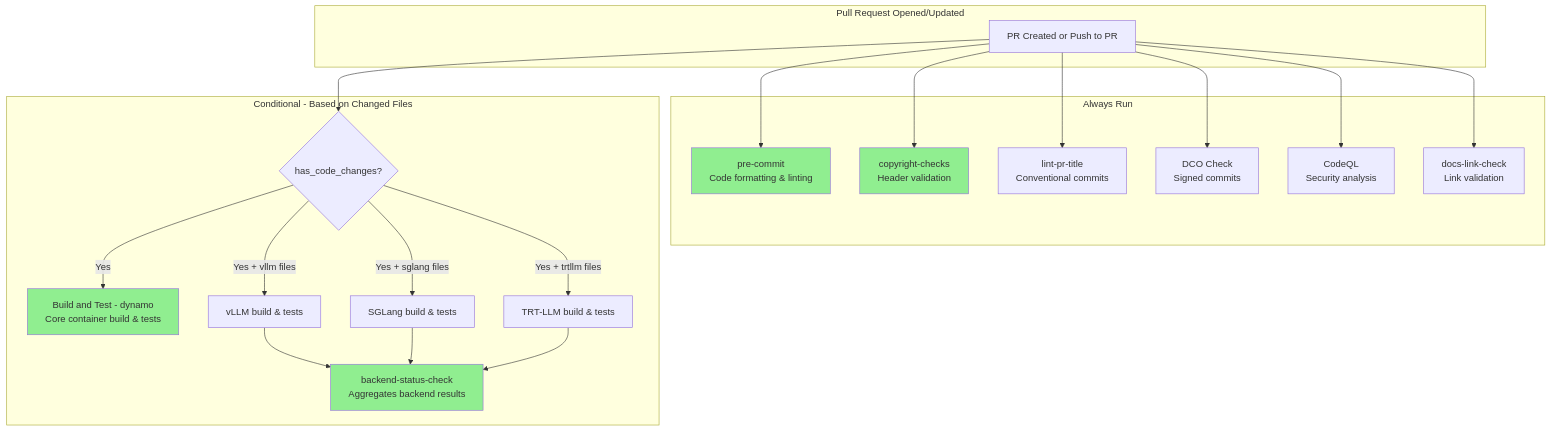
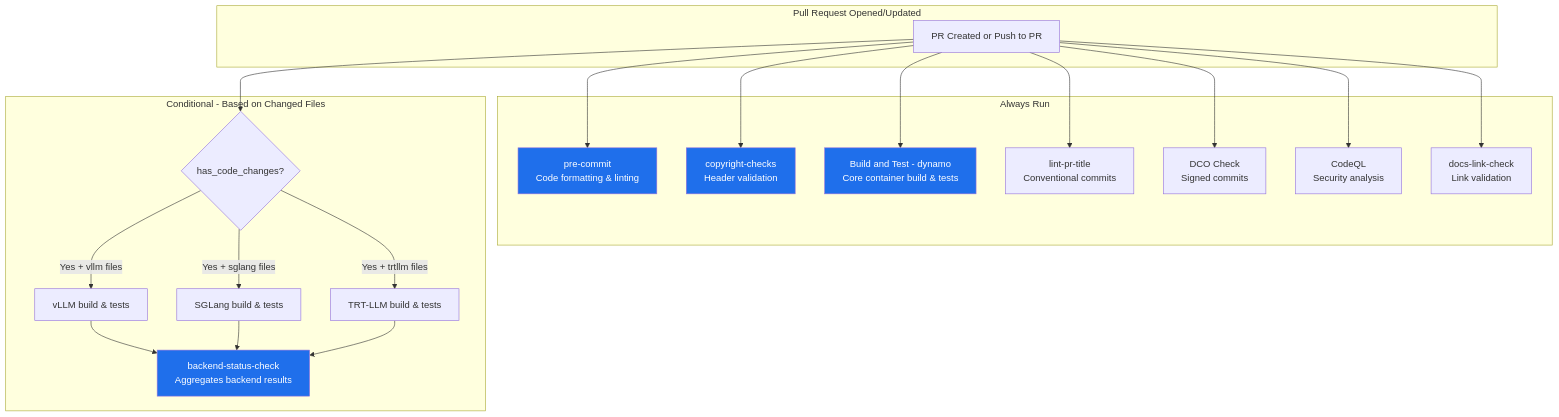
One commit to ai-dynamo/dynamo changed the first of 5 diagrams in .github/PR_WORKFLOW.md. Above: the diagram before and after it, drawn with Mermaid. The commit also changed other lines of this file, not shown here.

````diff
--- a/.github/PR_WORKFLOW.md
+++ b/.github/PR_WORKFLOW.md
@@ -20,37 +20,36 @@
 ```mermaid
 flowchart TD
     subgraph PR["Pull Request Opened/Updated"]
         A[PR Created or Push to PR]
     end
 
     subgraph Always["Always Run"]
         B[pre-commit<br/>Code formatting & linting]
         C[copyright-checks<br/>Header validation]
+        I[Build and Test - dynamo<br/>Core container build & tests]
         D[lint-pr-title<br/>Conventional commits]
         E[DCO Check<br/>Signed commits]
         F[CodeQL<br/>Security analysis]
         G[docs-link-check<br/>Link validation]
     end
 
     subgraph Conditional["Conditional - Based on Changed Files"]
         H{has_code_changes?}
-        I[Build and Test - dynamo<br/>Core container build & tests]
         J[vLLM build & tests]
         K[SGLang build & tests]
         L[TRT-LLM build & tests]
         M[backend-status-check<br/>Aggregates backend results]
     end
 
-    A --> B & C & D & E & F & G
+    A --> B & C & I & D & E & F & G
     A --> H
-    H -->|Yes| I
     H -->|Yes + vllm files| J
     H -->|Yes + sglang files| K
     H -->|Yes + trtllm files| L
     J & K & L --> M
 
-    style B fill:#90EE90
-    style C fill:#90EE90
-    style I fill:#90EE90
-    style M fill:#90EE90
+    style B fill:#1f6feb,color:#fff
+    style C fill:#1f6feb,color:#fff
+    style I fill:#1f6feb,color:#fff
+    style M fill:#1f6feb,color:#fff
 ```
````
